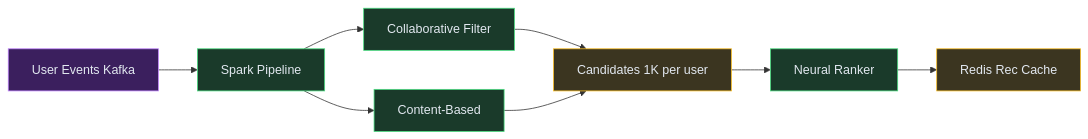
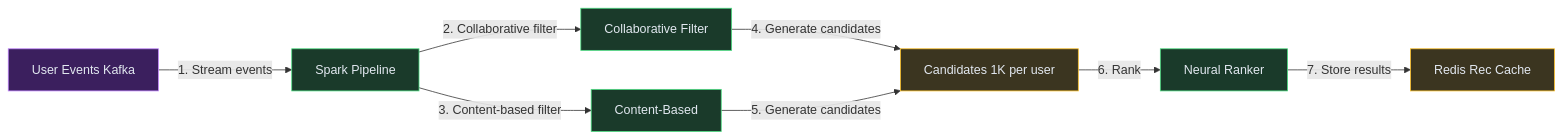
One commit to iluzn/HLD-Designs changed the ninth of 10 diagrams in content/hld/Netflix.md. Above: the diagram before and after it, drawn with Mermaid. The commit also changed other lines of this file and 27 other files, not shown here.

````diff
--- a/content/hld/Netflix.md
+++ b/content/hld/Netflix.md
@@ -547,22 +547,22 @@
 ```mermaid
 flowchart LR
     Events["User Events Kafka"]:::async
     Spark["Spark Pipeline"]:::service
     CF["Collaborative Filter"]:::service
     CB["Content-Based"]:::service
     CAND["Candidates 1K per user"]:::data
     Ranker["Neural Ranker"]:::service
     Cache["Redis Rec Cache"]:::data
 
-    Events --> Spark
-    Spark --> CF
-    Spark --> CB
-    CF --> CAND
-    CB --> CAND
-    CAND --> Ranker
-    Ranker --> Cache
+    Events -->|"1. Stream events"| Spark
+    Spark -->|"2. Collaborative filter"| CF
+    Spark -->|"3. Content-based filter"| CB
+    CF -->|"4. Generate candidates"| CAND
+    CB -->|"5. Generate candidates"| CAND
+    CAND -->|"6. Rank"| Ranker
+    Ranker -->|"7. Store results"| Cache
 
     classDef service fill:#1a3a2a,stroke:#4ade80,color:#e2e8f0
     classDef async fill:#3b1f5e,stroke:#c084fc,color:#e2e8f0
     classDef data fill:#3b3520,stroke:#fbbf24,color:#e2e8f0
 ```
````
